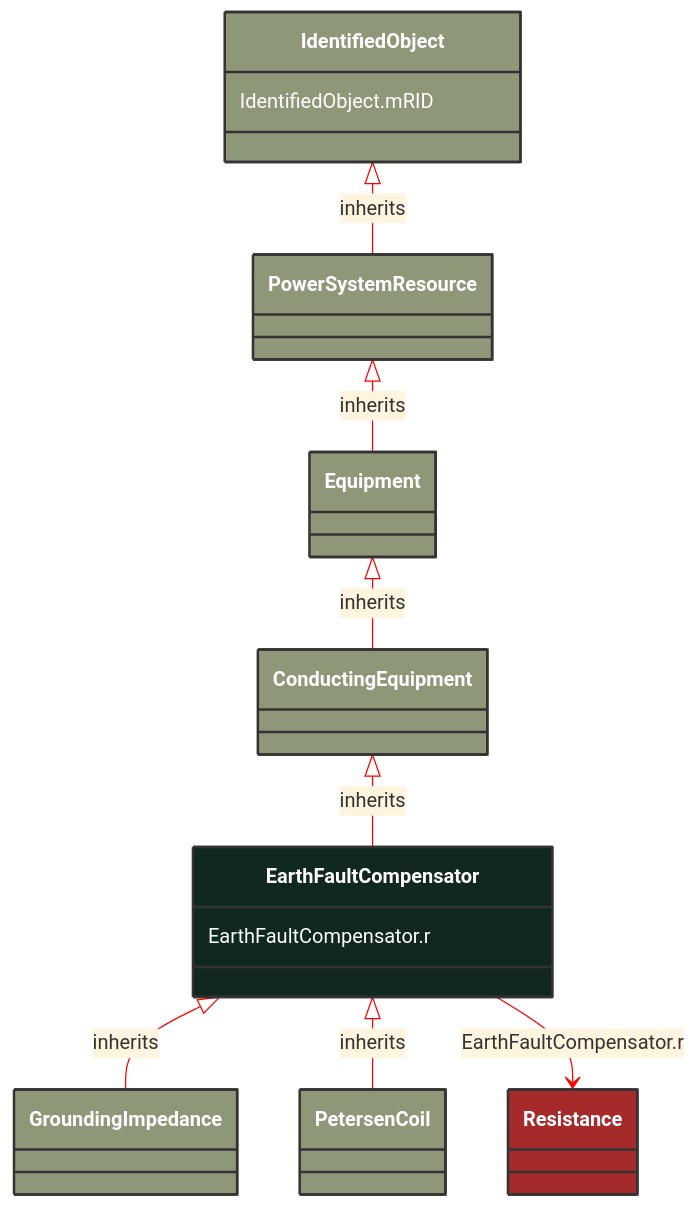
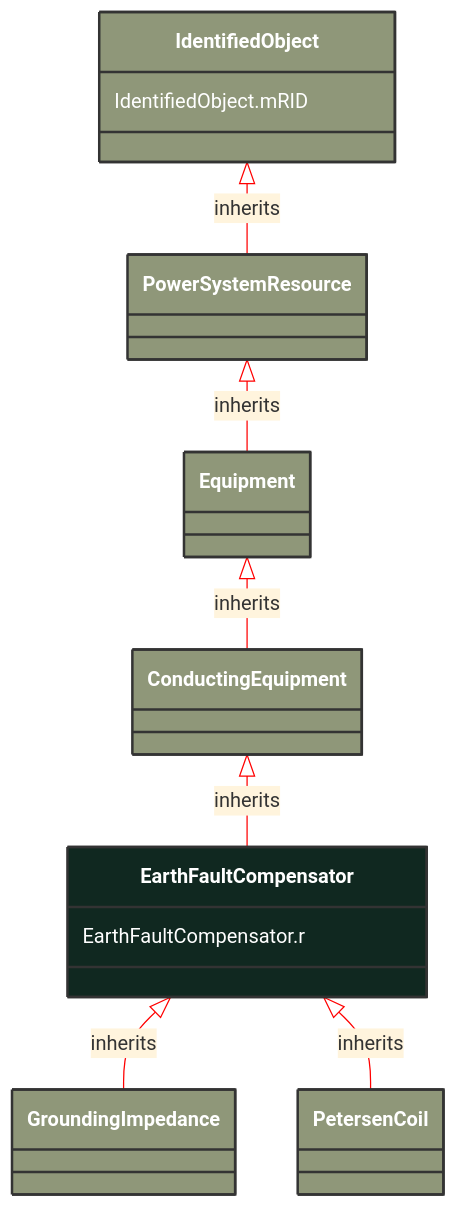
Before and after one commit to 3lbits/NoCIMExtensions: the diagram in docs/Models/Profiles/ShortCircuit/ConcreteClasses/EarthFaultCompensator.md, drawn with Mermaid. The commit also changed 397 other files, not shown here.

First line of the commit message:
Refactor CIM schemas to introduce abstract classes and consolidate data types

````diff
--- a/docs/Models/Profiles/ShortCircuit/ConcreteClasses/EarthFaultCompensator.md
+++ b/docs/Models/Profiles/ShortCircuit/ConcreteClasses/EarthFaultCompensator.md
@@ -8,45 +8,40 @@
 ```mermaid
 %%{init: {'theme':'base','themeVariables': {'lineColor': '#FF0000'}}}%%
 classDiagram
     class EarthFaultCompensator
     click EarthFaultCompensator href "/Models/Profiles/ShortCircuit/ConcreteClasses/EarthFaultCompensator/"
     style EarthFaultCompensator fill:#102820,stroke:#333,stroke-width:2px,rx:10,ry:10,color:white
 
         EarthFaultCompensator <|-- GroundingImpedance : inherits
 
         GroundingImpedance
             click GroundingImpedance href "/Models/Profiles/ShortCircuit/ConcreteClasses/GroundingImpedance/"
             style GroundingImpedance fill:#8F9779,stroke:#333,stroke-width:2px,rx:10,ry:10,color:white
 
         EarthFaultCompensator <|-- PetersenCoil : inherits
 
         PetersenCoil
             click PetersenCoil href "/Models/Profiles/ShortCircuit/ConcreteClasses/PetersenCoil/"
             style PetersenCoil fill:#8F9779,stroke:#333,stroke-width:2px,rx:10,ry:10,color:white
      
         ConductingEquipment <|-- EarthFaultCompensator : inherits
             click ConductingEquipment href "/Models/Profiles/ShortCircuit/ConcreteClasses/ConductingEquipment/"
             style ConductingEquipment fill:#8F9779,stroke:#333,stroke-width:2px,rx:10,ry:10,color:white
      
         Equipment <|-- ConductingEquipment : inherits
             click Equipment href "/Models/Profiles/ShortCircuit/ConcreteClasses/Equipment/"
             style Equipment fill:#8F9779,stroke:#333,stroke-width:2px,rx:10,ry:10,color:white
      
         PowerSystemResource <|-- Equipment : inherits
             click PowerSystemResource href "/Models/Profiles/ShortCircuit/ConcreteClasses/PowerSystemResource/"
             style PowerSystemResource fill:#8F9779,stroke:#333,stroke-width:2px,rx:10,ry:10,color:white
      
         IdentifiedObject <|-- PowerSystemResource : inherits
             click IdentifiedObject href "/Models/Profiles/ShortCircuit/ConcreteClasses/IdentifiedObject/"
             style IdentifiedObject fill:#8F9779,stroke:#333,stroke-width:2px,rx:10,ry:10,color:white
 
-        EarthFaultCompensator --> Resistance : EarthFaultCompensator.r
-
-        Resistance
-            click Resistance href "/Models/Profiles/ShortCircuit/ConcreteClasses/Resistance/"
-            style Resistance fill:#A52A2A,stroke:#333,stroke-width:2px,rx:10,ry:10,color:white
 
 
         EarthFaultCompensator : EarthFaultCompensator.r
         IdentifiedObject : IdentifiedObject.mRID
 ```
````
